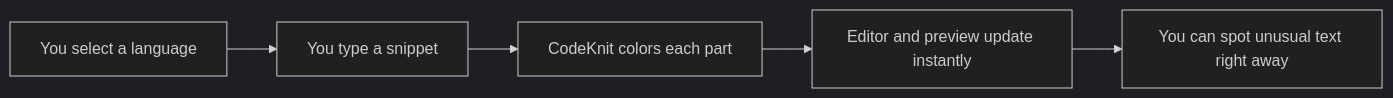
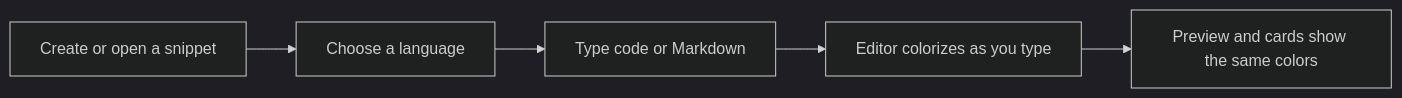
One commit to Mohita111/API2 changed the diagram in api2-documentation/plan_2026-11-02_f8890e/user-facing-docs/syntax-highlighting.md. Above: the diagram before and after it, drawn with Mermaid (dark theme). The commit also changed other lines of this file and 13 other files, not shown here.

````diff
--- a/api2-documentation/plan_2026-11-02_f8890e/user-facing-docs/syntax-highlighting.md
+++ b/api2-documentation/plan_2026-11-02_f8890e/user-facing-docs/syntax-highlighting.md
@@ -19,7 +25,7 @@
 ```mermaid
 graph LR
-  A[You select a language] --> B[You type a snippet]
-  B --> C[CodeKnit colors each part]
-  C --> D[Editor and preview update instantly]
-  D --> E[You can spot unusual text right away]
+A[Create or open a snippet] --> B[Choose a language]
+B --> C[Type code or Markdown]
+C --> D[Editor colorizes as you type]
+D --> E[Preview and cards show the same colors]
 ```
````
